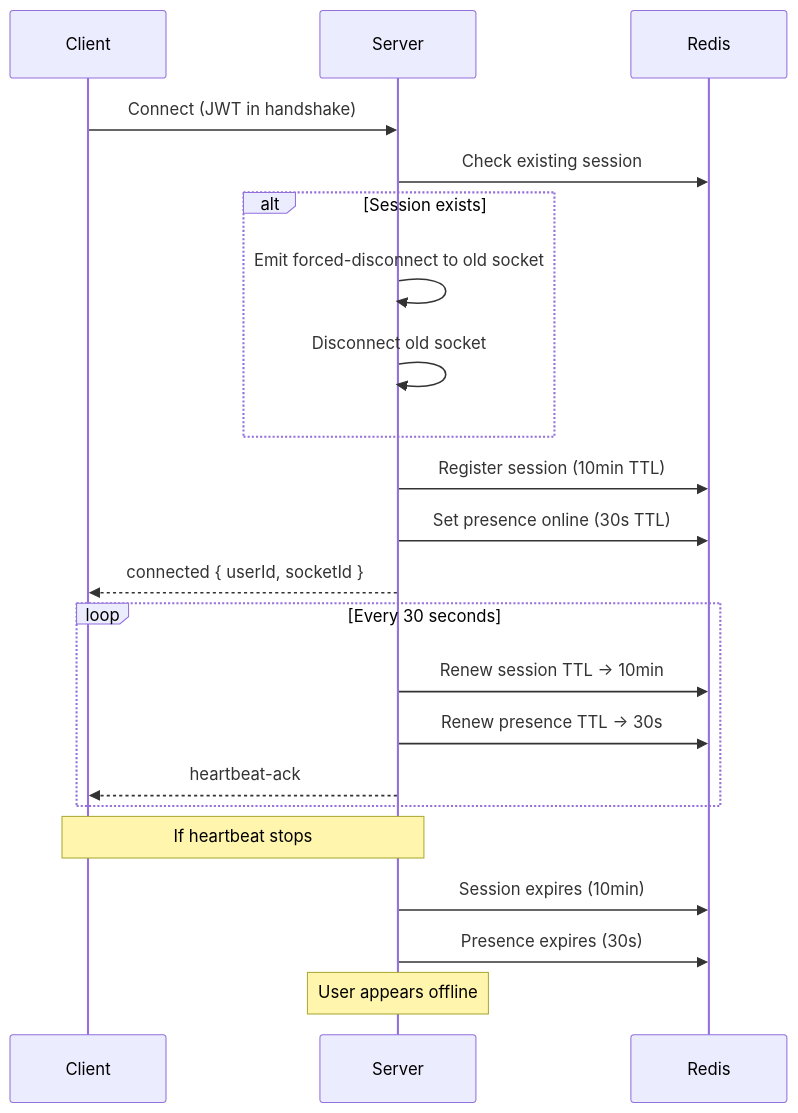
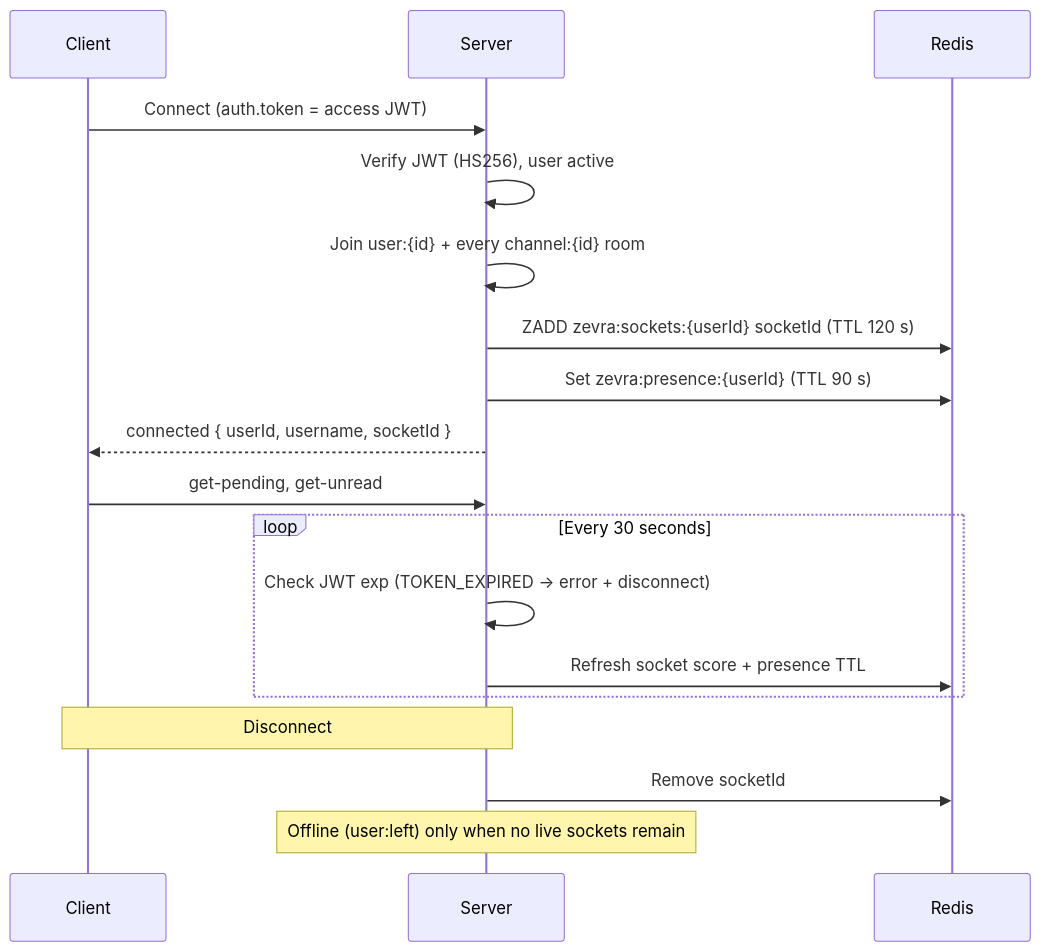
The fifth of 7 diagrams in README.md (BazilSuhail/ZEVRA-Server), drawn with Mermaid before and after one commit. The commit also changed other lines of this file and 125 other files, not shown here.

````diff
--- a/README.md
+++ b/README.md
@@ -189,27 +170,23 @@
 ```mermaid
 sequenceDiagram
     participant C as Client
     participant S as Server
     participant R as Redis
 
-    C->>S: Connect (JWT in handshake)
-    S->>R: Check existing session
-    alt Session exists
-        S->>S: Emit forced-disconnect to old socket
-        S->>S: Disconnect old socket
-    end
-    S->>R: Register session (10min TTL)
-    S->>R: Set presence online (30s TTL)
-    S-->>C: connected { userId, socketId }
+    C->>S: Connect (auth.token = access JWT)
+    S->>S: Verify JWT (HS256), user active
+    S->>S: Join user:{id} + every channel:{id} room
+    S->>R: ZADD zevra:sockets:{userId} socketId (TTL 120 s)
+    S->>R: Set zevra:presence:{userId} (TTL 90 s)
+    S-->>C: connected { userId, username, socketId }
+    C->>S: get-pending, get-unread
 
     loop Every 30 seconds
-        S->>R: Renew session TTL → 10min
-        S->>R: Renew presence TTL → 30s
-        S-->>C: heartbeat-ack
+        S->>S: Check JWT exp (TOKEN_EXPIRED → error + disconnect)
+        S->>R: Refresh socket score + presence TTL
     end
 
-    Note over C,S: If heartbeat stops
-    S->>R: Session expires (10min)
-    S->>R: Presence expires (30s)
-    Note over S: User appears offline
+    Note over C,S: Disconnect
+    S->>R: Remove socketId
+    Note over S: Offline (user:left) only when no live sockets remain
 ```
````
